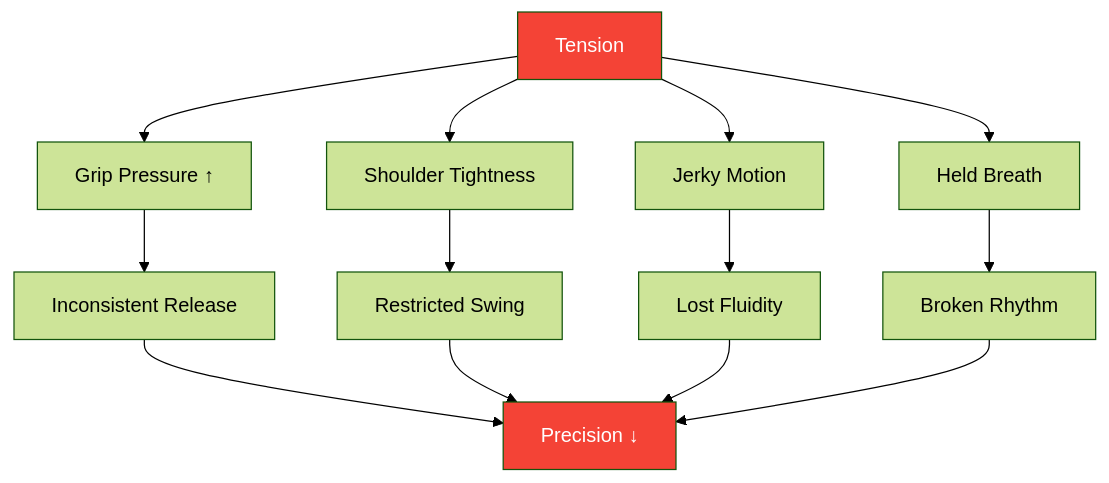
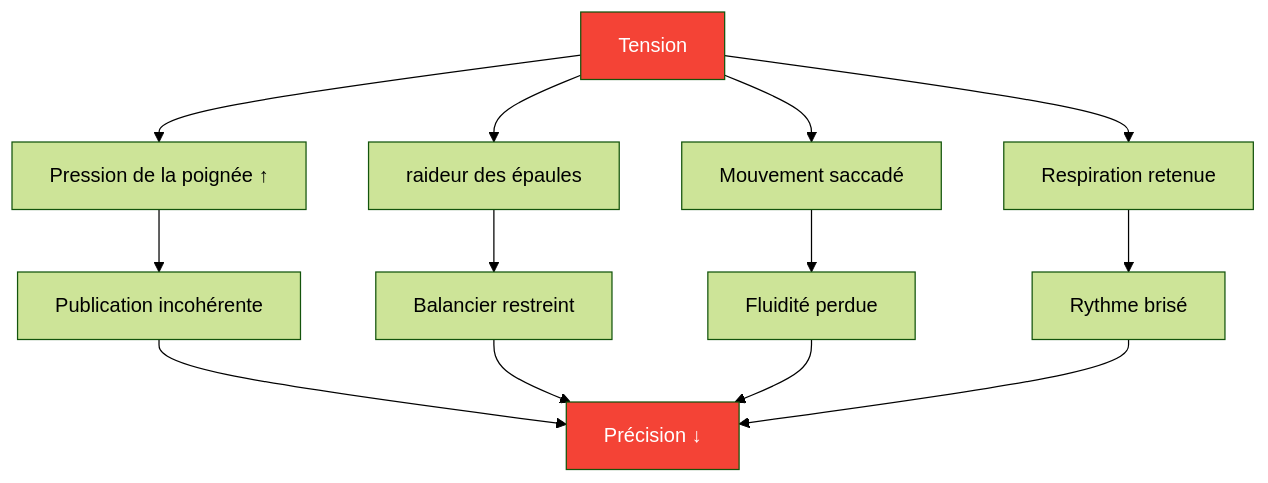
One commit to patwii/petanque-academy changed the first of 2 diagrams in docs/fr/articles/tension-precision.md. Above: the diagram before and after it, drawn with Mermaid (forest theme). The commit also changed other lines of this file and 550 other files, not shown here.

````diff
--- a/docs/fr/articles/tension-precision.md
+++ b/docs/fr/articles/tension-precision.md
@@ -20,20 +20,20 @@
 ```mermaid
 flowchart TD
-    A[Tension] --> B[Grip Pressure ↑]
-    A --> C[Shoulder Tightness]
-    A --> D[Jerky Motion]
-    A --> E[Held Breath]
+    A[Tension] --> B[Pression de la poignée ↑]
+    A --> C[raideur des épaules]
+    A --> D[Mouvement saccadé]
+    A --> E[Respiration retenue]
 
-    B --> F[Inconsistent Release]
-    C --> G[Restricted Swing]
-    D --> H[Lost Fluidity]
-    E --> I[Broken Rhythm]
+    B --> F[Publication incohérente]
+    C --> G[Balancier restreint]
+    D --> H[Fluidité perdue]
+    E --> I[Rythme brisé]
 
-    F --> J[Precision ↓]
+    F --> J[Précision ↓]
     G --> J
     H --> J
     I --> J
 
     style A fill:#f44336,color:#fff
     style J fill:#f44336,color:#fff
 ```
````
